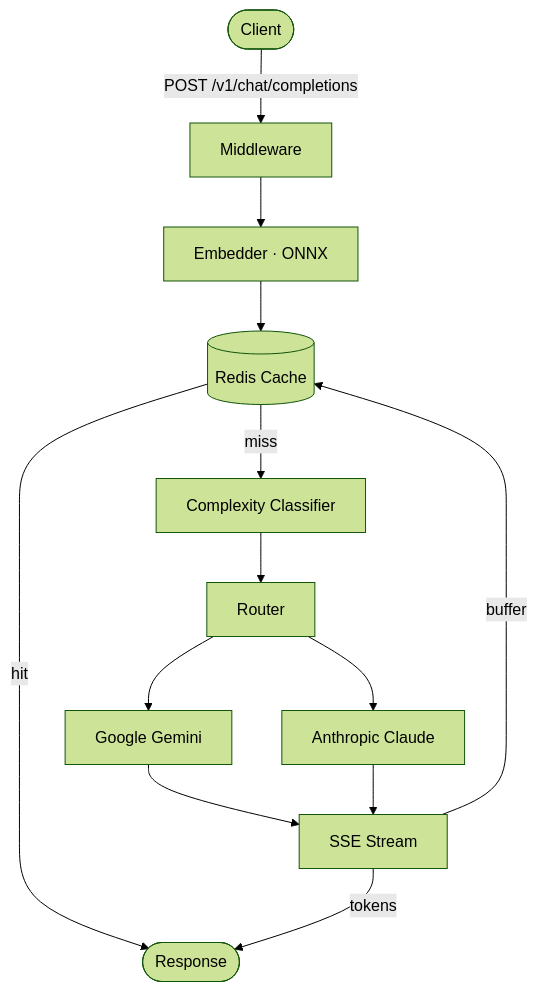
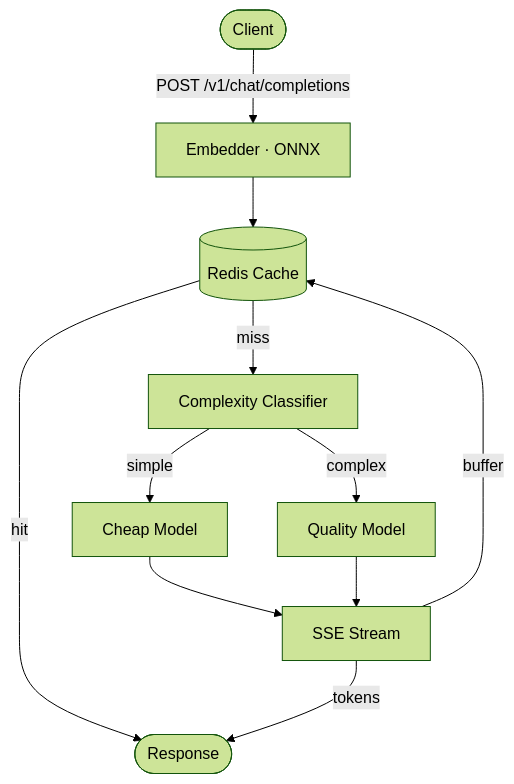
The diagram in README.md (Howard-nolan/llmrouter), drawn with Mermaid (forest theme) before and after one commit. The commit also changed other lines of this file, not shown here.

First line of the commit message:
Simplify diagram, clarify routing, reorder sections

````diff
--- a/README.md
+++ b/README.md
@@ -17,15 +27,13 @@
 ```mermaid
 flowchart TD
-    Client([Client]) -->|POST /v1/chat/completions| Middleware
-    Middleware[Middleware] --> Embedder
+    Client([Client]) -->|POST /v1/chat/completions| Embedder
     Embedder[Embedder · ONNX] --> Cache
     Cache[(Redis Cache)] -->|hit| Response
     Cache -->|miss| Classifier
-    Classifier[Complexity Classifier] --> Router
-    Router[Router] --> Gemini[Google Gemini]
-    Router --> Claude[Anthropic Claude]
-    Gemini --> Stream[SSE Stream]
-    Claude --> Stream
+    Classifier[Complexity Classifier] -->|simple| Cheap[Cheap Model]
+    Classifier -->|complex| Quality[Quality Model]
+    Cheap --> Stream[SSE Stream]
+    Quality --> Stream
     Stream -->|tokens| Response([Response])
     Stream -->|buffer| Cache
 ```
````
